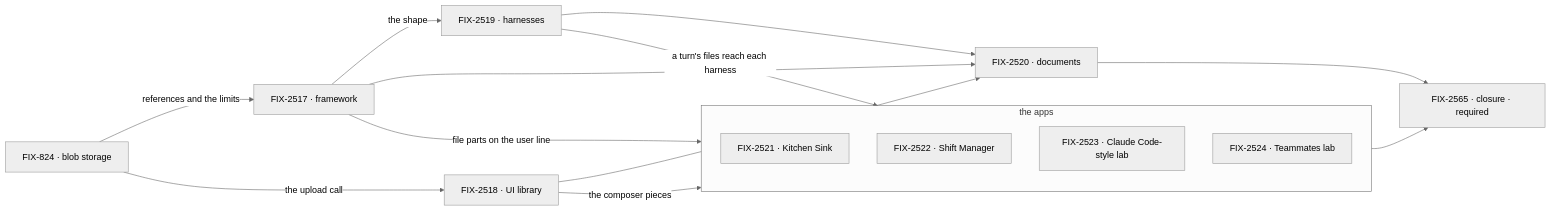
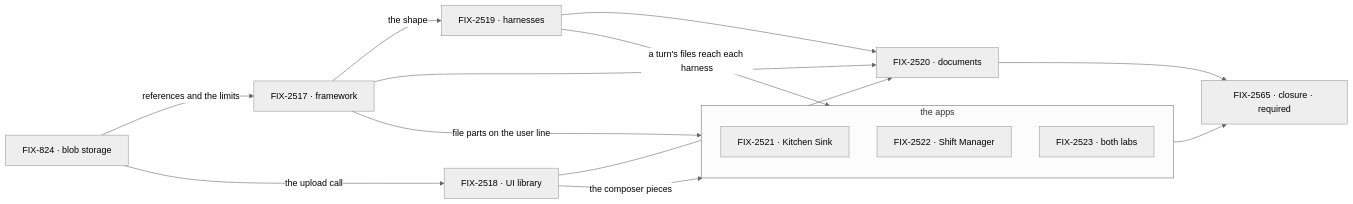
Before and after one commit to fixpoint-labs/flow-state-dev: the second of 2 diagrams in specs/epics/FIX-2516/SPEC.md, drawn with Mermaid (neutral theme). The commit also changed other lines of this file and 39 other files, not shown here.

````diff
--- a/specs/epics/FIX-2516/SPEC.md
+++ b/specs/epics/FIX-2516/SPEC.md
@@ -93,20 +93,19 @@
 ```mermaid
 flowchart LR
   S["FIX-824 · blob storage"] -->|"references and the limits"| A["FIX-2517 · framework"]
   S -->|"the upload call"| B["FIX-2518 · UI library"]
   A -->|"the shape"| H["FIX-2519 · harnesses"]
   A -->|"file parts on the user line"| APPS
   B -->|"the composer pieces"| APPS
   H -->|"a turn's files reach each harness"| APPS
   A --> D["FIX-2520 · documents"]
   B --> D
   H --> D
   subgraph APPS["the apps"]
     KS["FIX-2521 · Kitchen Sink"]
     SM["FIX-2522 · Shift Manager"]
-    CC["FIX-2523 · Claude Code-style lab"]
-    TM["FIX-2524 · Teammates lab"]
+    CC["FIX-2523 · both labs"]
   end
   APPS --> Z["FIX-2565 · closure · required"]
   D --> Z
 ```
````
